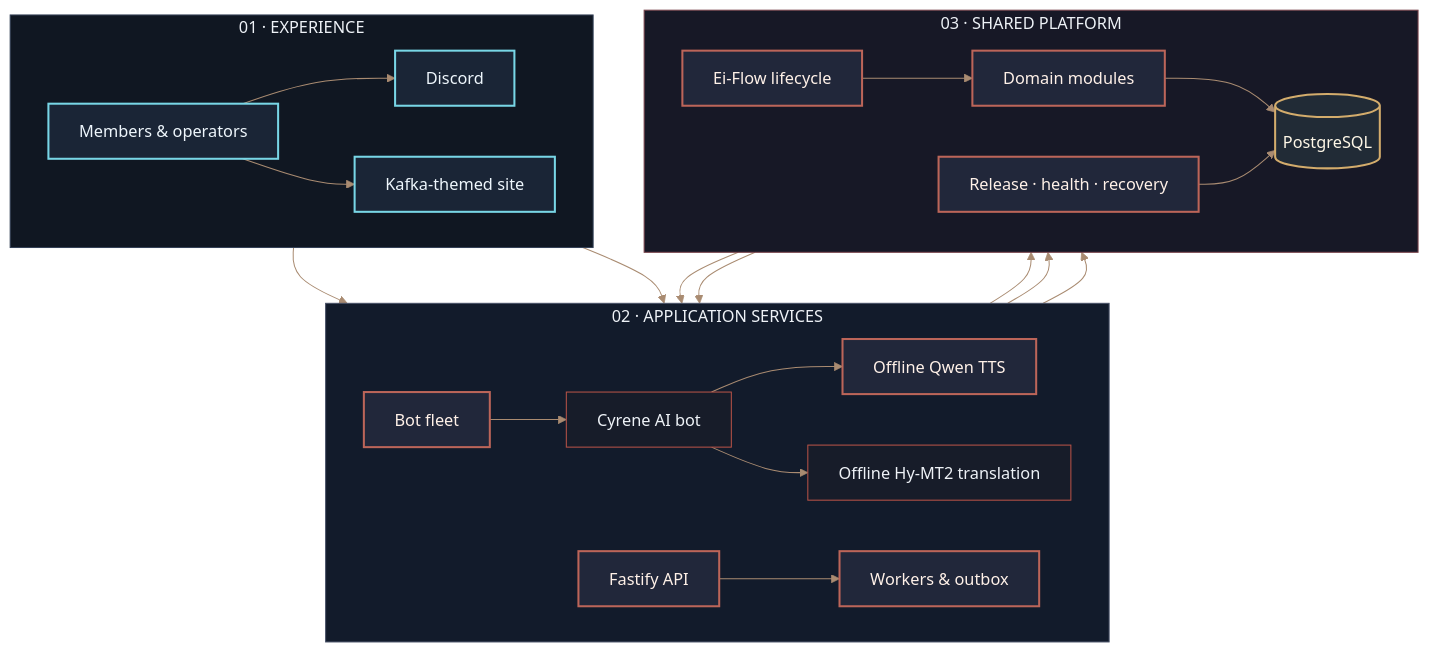
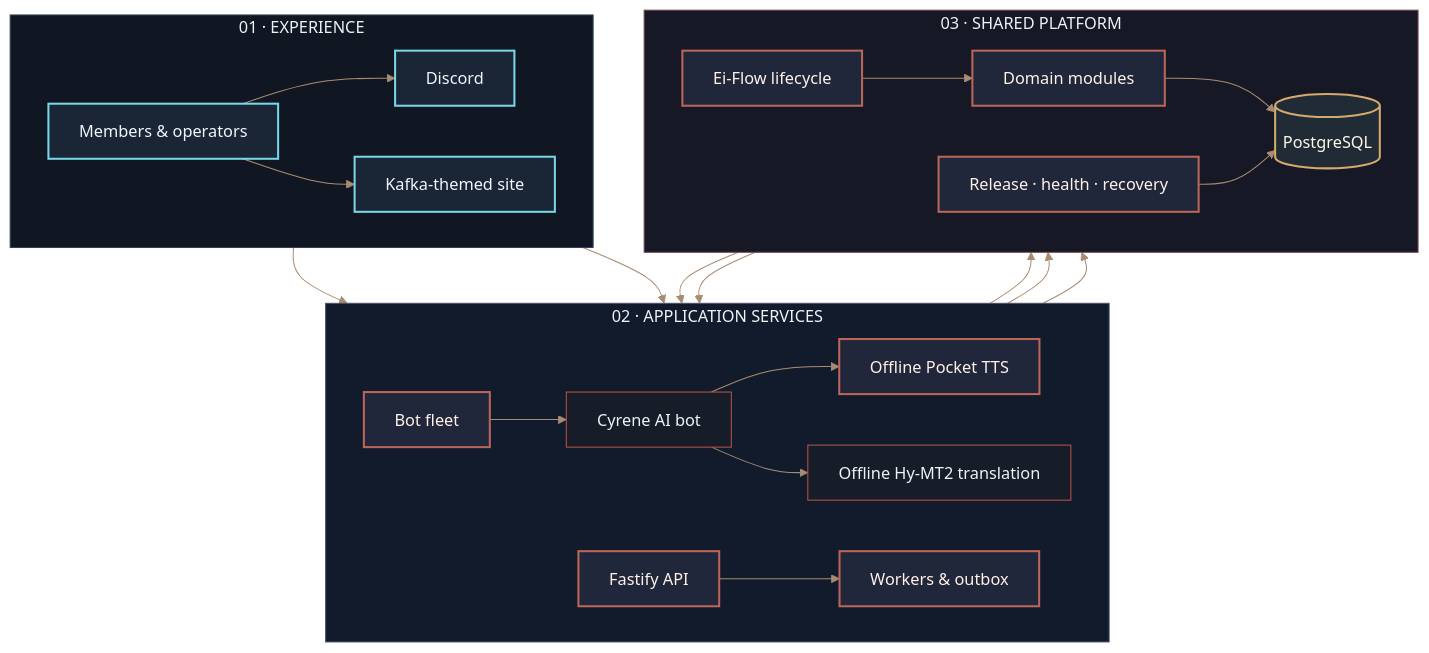
One commit to xyanncat/Ei-point changed the first of 3 diagrams in README.md. Above: the diagram before and after it, drawn with Mermaid. The commit also changed other lines of this file and 27 other files, not shown here.

Commit message:
chore(tts): remove Qwen 3 TTS completely

````diff
--- a/README.md
+++ b/README.md
@@ -76,51 +76,51 @@
 ```mermaid
 %%{init: {'theme':'base','themeVariables': {'primaryColor':'#171c29','primaryTextColor':'#eef2f7','primaryBorderColor':'#b95348','lineColor':'#a98b71','secondaryColor':'#20283a','tertiaryColor':'#111722','clusterBkg':'#0e1420','clusterBorder':'#39435a','fontFamily':'ui-sans-serif, system-ui, sans-serif'}}}%%
 flowchart TB
   subgraph Experience["01 · EXPERIENCE"]
     direction LR
     Members[Members & operators]
     Discord[Discord]
     Site[Kafka-themed site]
   end
   subgraph Services["02 · APPLICATION SERVICES"]
     direction LR
     API[Fastify API]
     Fleet[Bot fleet]
     Cyrene[Cyrene AI bot]
-    Qwen[Offline Qwen TTS]
+    Pocket[Offline Pocket TTS]
     HyMT2[Offline Hy-MT2 translation]
     Workers[Workers & outbox]
   end
   subgraph Core["03 · SHARED PLATFORM"]
     direction LR
     Flow[Ei-Flow lifecycle]
     Domain[Domain modules]
     DB[(PostgreSQL)]
     Ops[Release · health · recovery]
   end
   Members --> Discord
   Members --> Site
   Site --> API
   Discord --> Fleet
   Fleet --> Cyrene
-  Cyrene --> Qwen
+  Cyrene --> Pocket
   Cyrene --> HyMT2
   Fleet --> Flow
   Flow --> Domain
   API --> DB
   Domain --> DB
   API --> Workers
   Workers --> DB
   Ops --> API
   Ops --> Fleet
   Ops --> DB
   style Experience fill:#101722,stroke:#344157,color:#eef2f7
   style Services fill:#121b2b,stroke:#475066,color:#eef2f7
   style Core fill:#171826,stroke:#7b454d,color:#eef2f7
   classDef actor fill:#1a2536,stroke:#78d6e6,color:#eef6fc,stroke-width:2px
   classDef service fill:#21273a,stroke:#bc6559,color:#fff1e8,stroke-width:2px
   classDef durable fill:#212b36,stroke:#d3ac6c,color:#fff8e8,stroke-width:2px
   class Members,Discord,Site actor
-  class API,Fleet,Qwen,Workers,Flow,Domain,Ops service
+  class API,Fleet,Pocket,Workers,Flow,Domain,Ops service
   class DB durable
 ```
````
